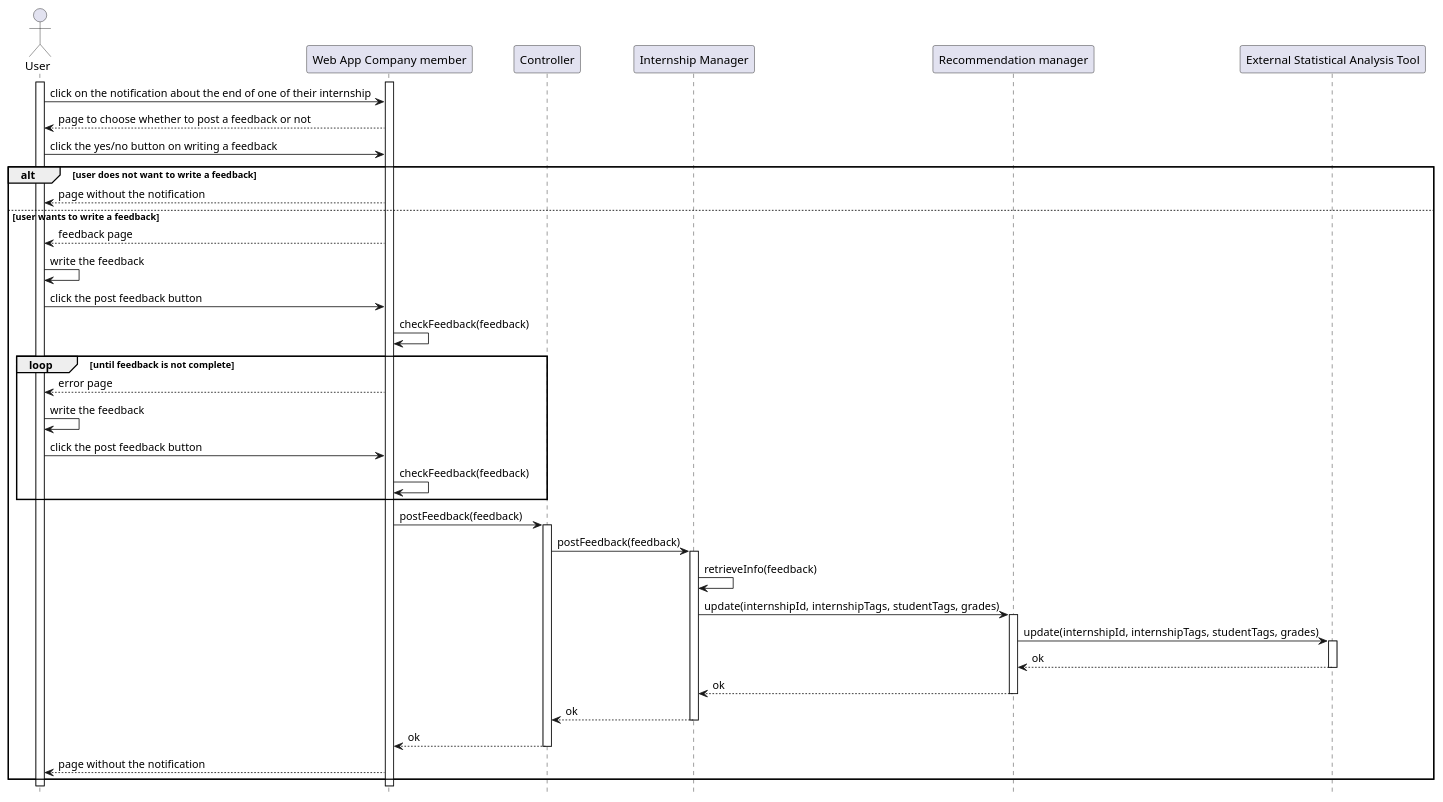
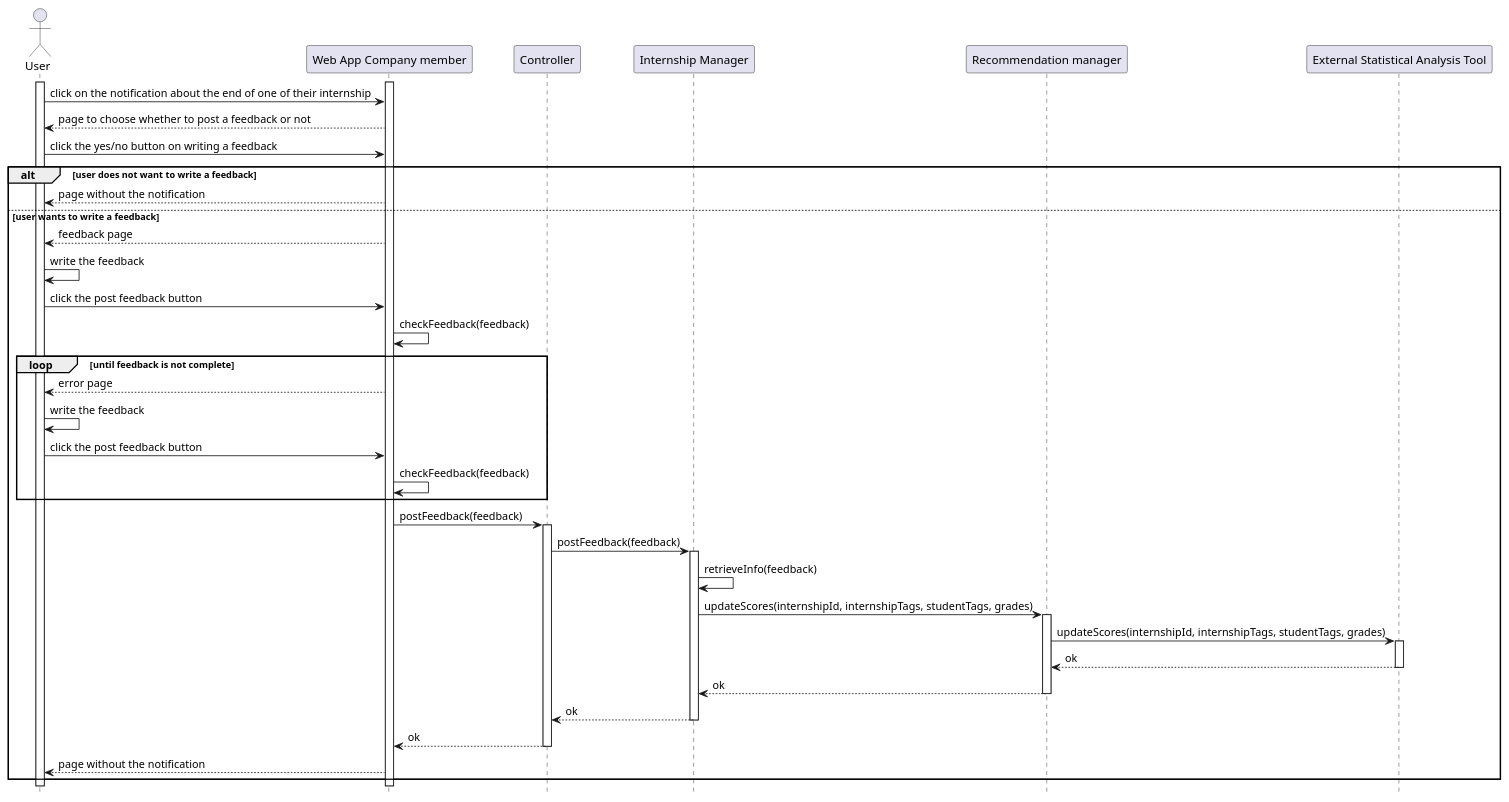
One commit to matti8702/R_and_DD_project_SE2 changed the diagram in DD/Architectural_design/uml_diagrams/RV28_diagram.puml. Above: the diagram before and after it, drawn with PlantUML. The commit also changed 3 other files, not shown here.

```diff
--- a/DD/Architectural_design/uml_diagrams/RV28_diagram.puml
+++ b/DD/Architectural_design/uml_diagrams/RV28_diagram.puml
@@ -1,49 +1,49 @@
 @startuml RV28
 hide footbox
 
 actor "User" as U
 participant "Web App Company member" AS WAU
 participant "Controller" as C
 participant "Internship Manager" as IM
 participant "Recommendation manager" as RM
 participant "External Statistical Analysis Tool" as ESAT
 
 activate U
 activate WAU
 U -> WAU   : click on the notification about the end of one of their internship
 WAU --> U  : page to choose whether to post a feedback or not
 U -> WAU   : click the yes/no button on writing a feedback
 alt user does not want to write a feedback
     WAU --> U  : page without the notification
 else user wants to write a feedback
     WAU --> U  : feedback page
     U -> U     : write the feedback
     U -> WAU   : click the post feedback button
     WAU -> WAU : checkFeedback(feedback)
     loop until feedback is not complete
         WAU --> U : error page
         U -> U     : write the feedback
         U -> WAU   : click the post feedback button
         WAU -> WAU : checkFeedback(feedback)
     end
     WAU -> C   : postFeedback(feedback)
     activate C
     C -> IM    : postFeedback(feedback)
     activate IM
     IM -> IM : retrieveInfo(feedback)
-    IM -> RM : update(internshipId, internshipTags, studentTags, grades)
+    IM -> RM : updateScores(internshipId, internshipTags, studentTags, grades)
     activate RM
-    RM -> ESAT : update(internshipId, internshipTags, studentTags, grades)
+    RM -> ESAT : updateScores(internshipId, internshipTags, studentTags, grades)
     activate ESAT
     ESAT --> RM : ok
     deactivate ESAT
     RM --> IM   : ok
     deactivate RM
 
     IM --> C : ok
     deactivate IM
     C --> WAU : ok
     deactivate C
     WAU --> U : page without the notification
 end
 @enduml
```
